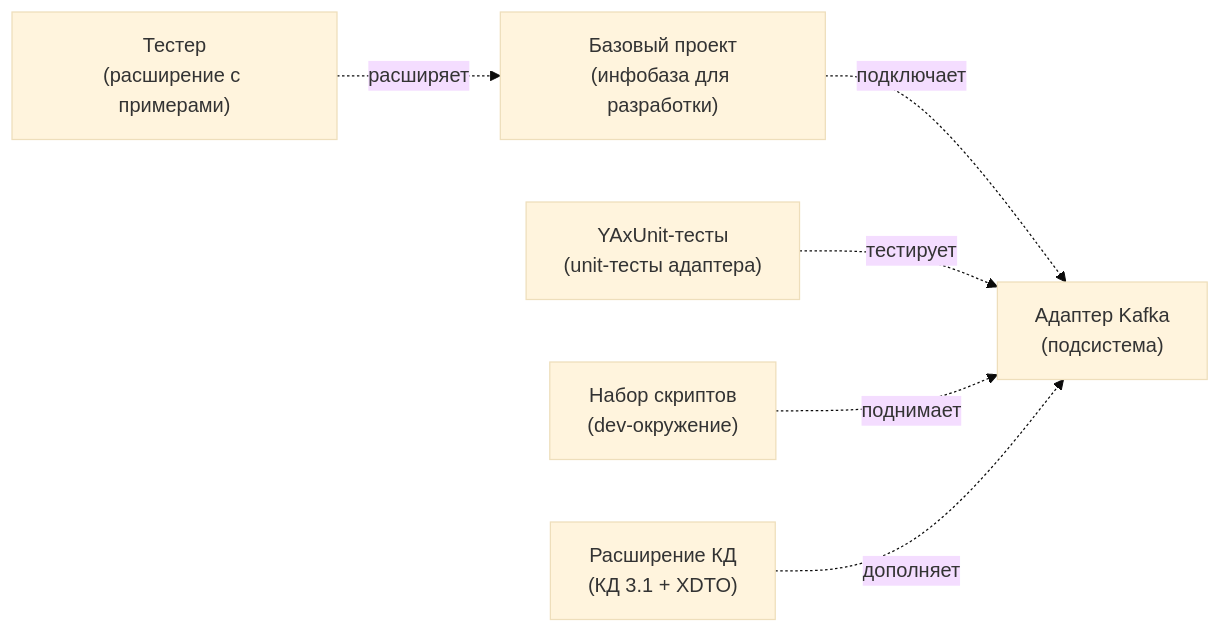
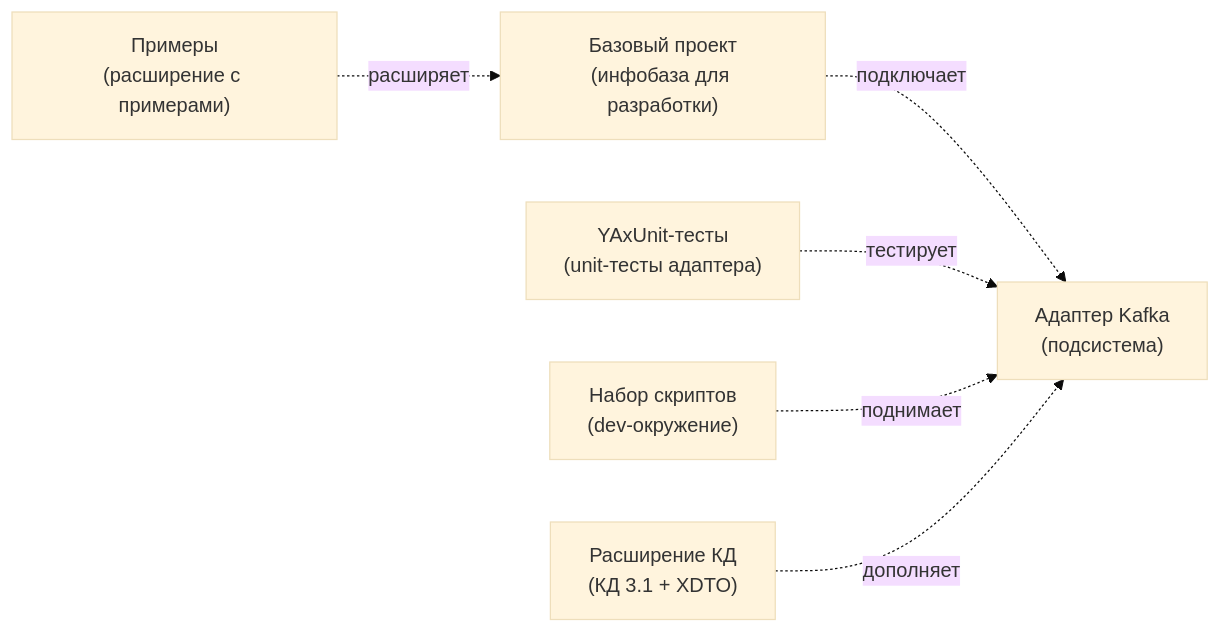
Before and after one commit to ShadobaAI/kafka-adapter: the diagram in docs/project/repositories.md, drawn with Mermaid (base theme). The commit also changed other lines of this file and 6 other files, not shown here.

Commit message:
rename tester2examples

````diff
--- a/docs/project/repositories.md
+++ b/docs/project/repositories.md
@@ -16,15 +16,15 @@
 ```mermaid
 flowchart LR
     ADAPTER["Адаптер Kafka<br/>(подсистема)"]
     BASE["Базовый проект<br/>(инфобаза для разработки)"]
-    TESTER["Тестер<br/>(расширение с примерами)"]
+    examples["Примеры<br/>(расширение с примерами)"]
     YAXUNIT["YAxUnit-тесты<br/>(unit-тесты адаптера)"]
     TOOLS["Набор скриптов<br/>(dev-окружение)"]
     CONV["Расширение КД<br/>(КД 3.1 + XDTO)"]
 
     BASE -.подключает.-> ADAPTER
-    TESTER -.расширяет.-> BASE
+    examples -.расширяет.-> BASE
     YAXUNIT -.тестирует.-> ADAPTER
     TOOLS -.поднимает.-> ADAPTER
     CONV -.дополняет.-> ADAPTER
 ```
````
